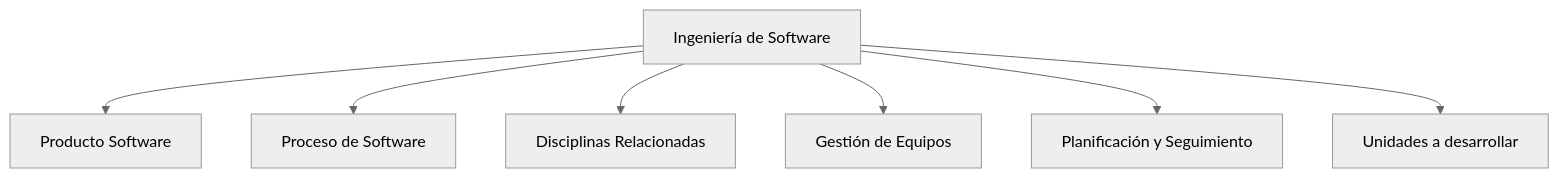
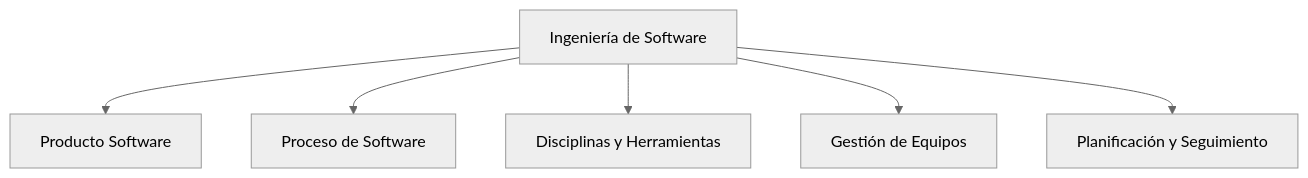
One commit to vhcontre/stackedit changed the first of 5 diagrams in Universidad 🎓/Ingeniería de Software II/speech.md. Above: the diagram before and after it, drawn with Mermaid (neutral theme). The commit also changed other lines of this file, not shown here.

Commit message:
Universidad 🎓/Ingeniería de Software II/speech.md updated from https://stackedit.io/

````diff
--- a/Universidad 🎓/Ingeniería de Software II/speech.md
+++ b/Universidad 🎓/Ingeniería de Software II/speech.md
@@ -84,15 +87,11 @@
 ```mermaid
 graph TD
-  %% Nivel 1
   IS[Ingeniería de Software]
 
-  %% Nivel 2
-  IS --> Producto[Producto Software]
-  IS --> Proceso[Proceso de Software]
-  IS --> Disciplinas[Disciplinas Relacionadas]
-  IS --> Equipos[Gestión de Equipos]
+  IS --> Producto_Software[Producto Software]
+  IS --> Proceso_Software[Proceso de Software]
+  IS --> Disciplinas[Disciplinas y Herramientas]
+  IS --> Gestion_Equipos[Gestión de Equipos]
   IS --> Planificacion[Planificación y Seguimiento]
-  IS --> Unidades[Unidades a desarrollar]
 
-  
 ```
````
